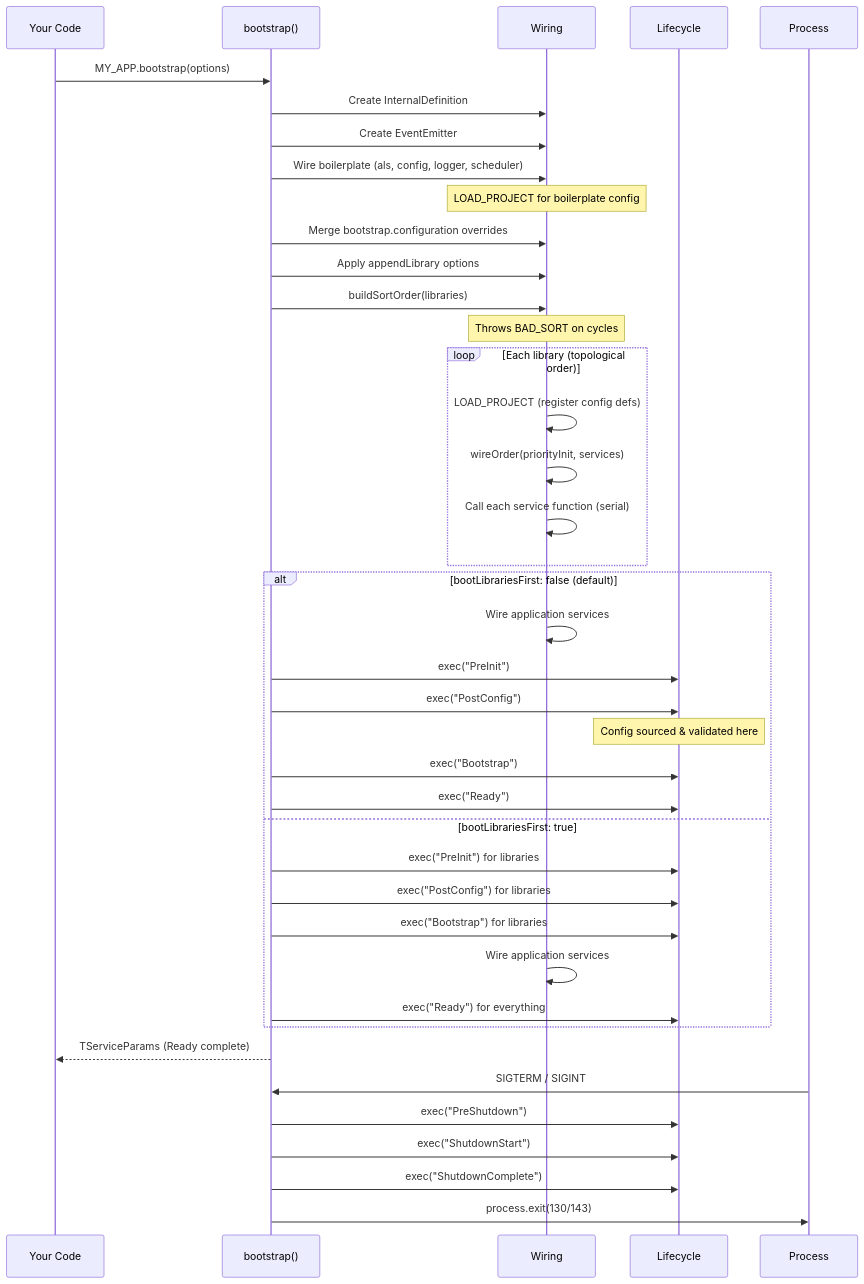
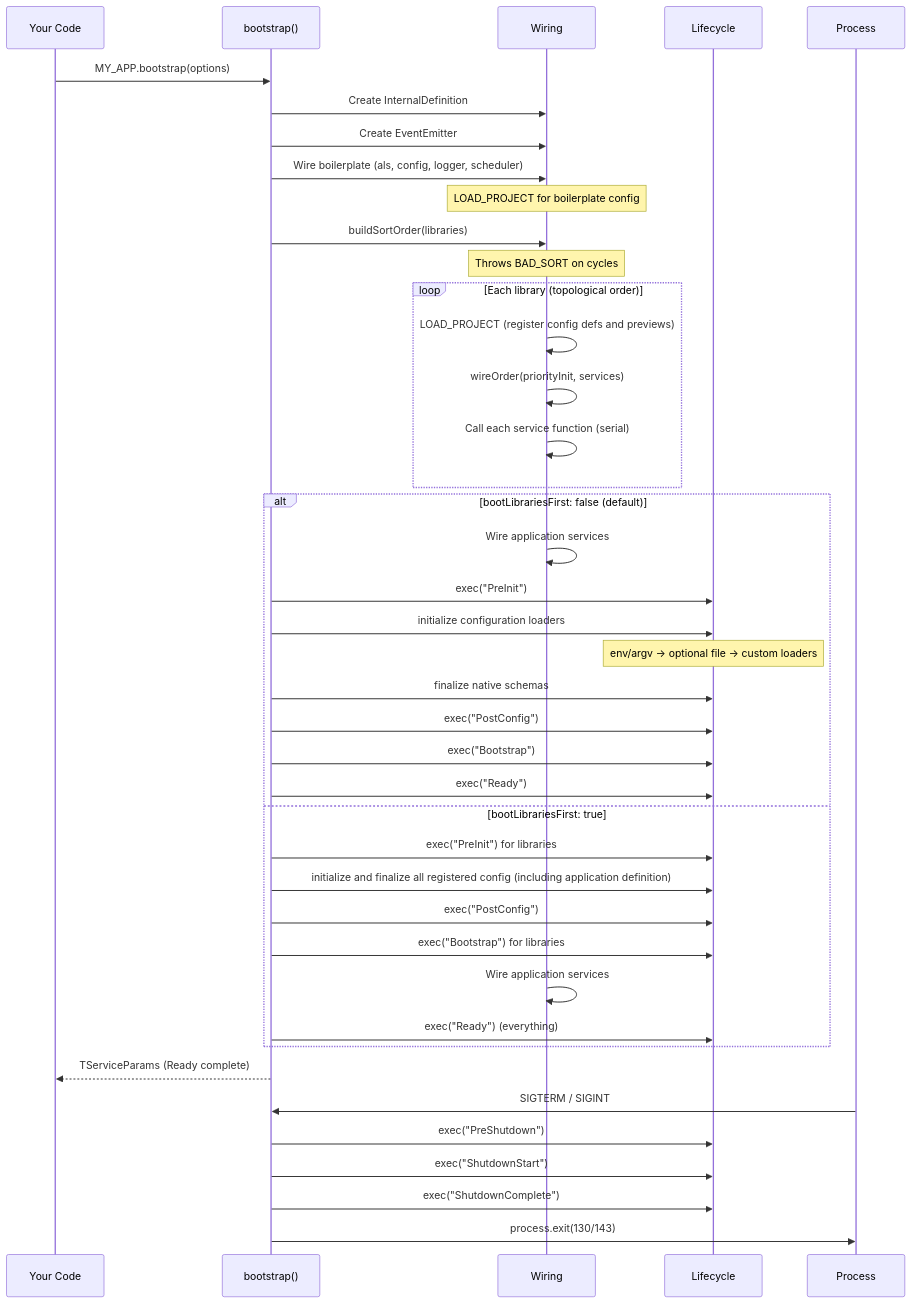
Before and after one commit to Digital-Alchemy-TS/documentation: the diagram in docs/core/guides/bootstrap-internals.md, drawn with Mermaid. The commit also changed other lines of this file and 19 other files, not shown here.

First line of the commit message:
docs: document schema-backed configuration (#70)

````diff
--- a/docs/core/guides/bootstrap-internals.md
+++ b/docs/core/guides/bootstrap-internals.md
@@ -11,48 +11,48 @@
 ```mermaid
 sequenceDiagram
     participant U as Your Code
     participant B as bootstrap()
     participant WS as Wiring
     participant L as Lifecycle
     participant P as Process
 
     U->>B: MY_APP.bootstrap(options)
     B->>WS: Create InternalDefinition
     B->>WS: Create EventEmitter
     B->>WS: Wire boilerplate (als, config, logger, scheduler)
     Note over WS: LOAD_PROJECT for boilerplate config
-    B->>WS: Merge bootstrap.configuration overrides
-    B->>WS: Apply appendLibrary options
-
     B->>WS: buildSortOrder(libraries)
     Note over WS: Throws BAD_SORT on cycles
 
     loop Each library (topological order)
-        WS->>WS: LOAD_PROJECT (register config defs)
+        WS->>WS: LOAD_PROJECT (register config defs and previews)
         WS->>WS: wireOrder(priorityInit, services)
         WS->>WS: Call each service function (serial)
     end
 
     alt bootLibrariesFirst: false (default)
         WS->>WS: Wire application services
         B->>L: exec("PreInit")
+        B->>L: initialize configuration loaders
+        Note over L: env/argv → optional file → custom loaders
+        B->>L: finalize native schemas
         B->>L: exec("PostConfig")
-        Note over L: Config sourced & validated here
         B->>L: exec("Bootstrap")
         B->>L: exec("Ready")
     else bootLibrariesFirst: true
         B->>L: exec("PreInit") for libraries
-        B->>L: exec("PostConfig") for libraries
+        B->>L: initialize and finalize all registered config (including application definition)
+        B->>L: exec("PostConfig")
         B->>L: exec("Bootstrap") for libraries
         WS->>WS: Wire application services
-        B->>L: exec("Ready") for everything
+        B->>L: exec("Ready") (everything)
     end
 
     B-->>U: TServiceParams (Ready complete)
 
     P->>B: SIGTERM / SIGINT
     B->>L: exec("PreShutdown")
     B->>L: exec("ShutdownStart")
     B->>L: exec("ShutdownComplete")
     B->>P: process.exit(130/143)
 ```
````
